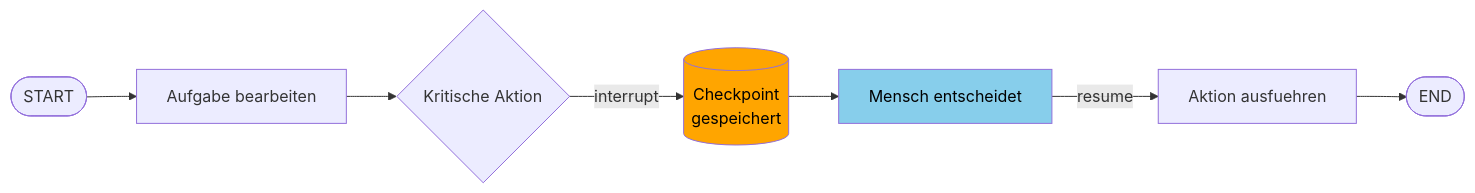
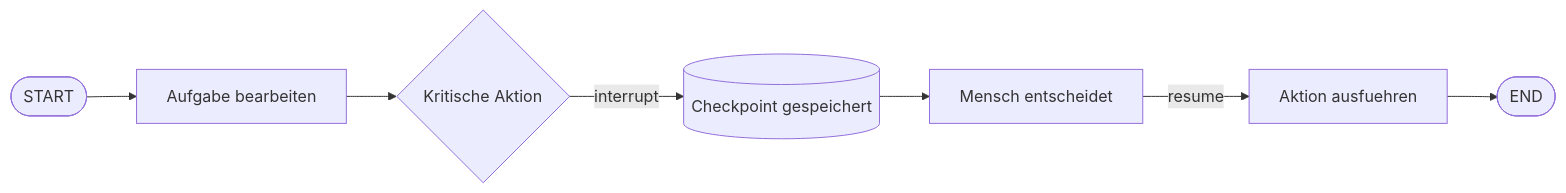
The third of 3 diagrams in docs/concepts/Checkpointing_Persistenz.md (ralf-42/Agenten), drawn with Mermaid before and after one commit. The commit also changed other lines of this file and 15 other files, not shown here.

````diff
--- a/docs/concepts/Checkpointing_Persistenz.md
+++ b/docs/concepts/Checkpointing_Persistenz.md
@@ -260,12 +228,9 @@
 ```mermaid
 flowchart LR
     A([START]) --> B[Aufgabe bearbeiten]
     B --> C{Kritische Aktion}
-    C -->|interrupt| D[(Checkpoint\ngespeichert)]
+    C -->|interrupt| D[(Checkpoint gespeichert)]
     D --> E[Mensch entscheidet]
     E -->|resume| F[Aktion ausfuehren]
     F --> G([END])
-
-    style D fill:#FFA500,color:#000
-    style E fill:#87CEEB,color:#000
 ```
````
